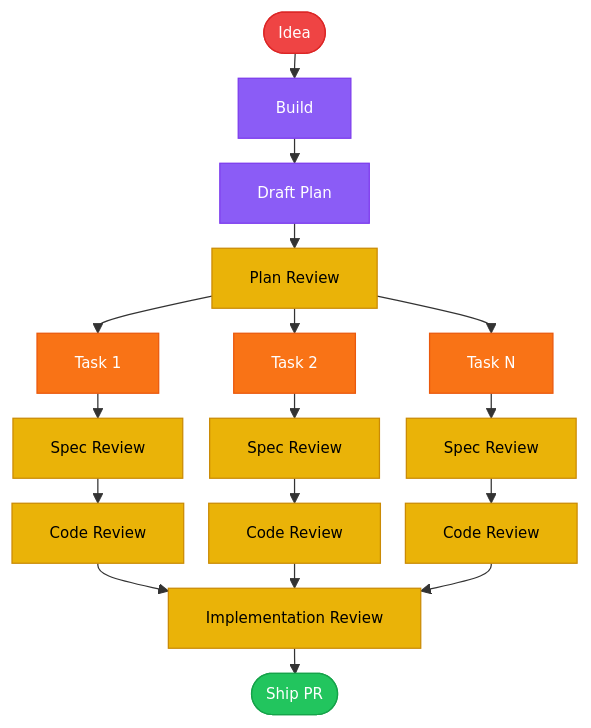
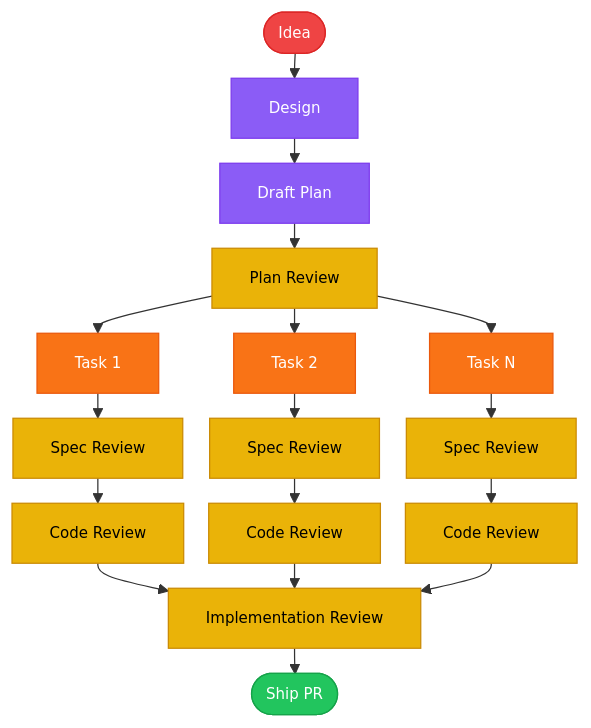
One commit to nikhilsitaram/claude-caliper changed the diagram in README.md. Above: the diagram before and after it, drawn with Mermaid. The commit also changed other lines of this file and 4 other files, not shown here.

First line of the commit message:
rename: build skill → design

````diff
--- a/README.md
+++ b/README.md
@@ -21,37 +21,37 @@
 ```mermaid
 %%{init: {'flowchart': {'nodeSpacing': 20, 'rankSpacing': 20}, 'themeVariables': {'fontSize': '12px'}}}%%
 flowchart TD
-    A([Idea]) --> B[Build]
+    A([Idea]) --> B[Design]
     B --> C[Draft Plan]
     C --> D[Plan Review]
 
     D --> T1[Task 1]
     D --> T2[Task 2]
     D --> TN[Task N]
 
     T1 --> S1[Spec Review]
     S1 --> C1[Code Review]
     T2 --> S2[Spec Review]
     S2 --> C2[Code Review]
     TN --> SN[Spec Review]
     SN --> CN[Code Review]
 
     C1 & C2 & CN --> IR[Implementation Review]
     IR --> Ship([Ship PR])
 
     style A    fill:#ef4444,stroke:#dc2626,color:#fff
     style B    fill:#8b5cf6,stroke:#7c3aed,color:#fff
     style C    fill:#8b5cf6,stroke:#7c3aed,color:#fff
     style D    fill:#eab308,stroke:#ca8a04,color:#000
     style T1   fill:#f97316,stroke:#ea580c,color:#fff
     style T2   fill:#f97316,stroke:#ea580c,color:#fff
     style TN   fill:#f97316,stroke:#ea580c,color:#fff
     style S1   fill:#eab308,stroke:#ca8a04,color:#000
     style C1   fill:#eab308,stroke:#ca8a04,color:#000
     style S2   fill:#eab308,stroke:#ca8a04,color:#000
     style C2   fill:#eab308,stroke:#ca8a04,color:#000
     style SN   fill:#eab308,stroke:#ca8a04,color:#000
     style CN   fill:#eab308,stroke:#ca8a04,color:#000
     style IR   fill:#eab308,stroke:#ca8a04,color:#000
     style Ship fill:#22c55e,stroke:#16a34a,color:#fff
 ```
````
